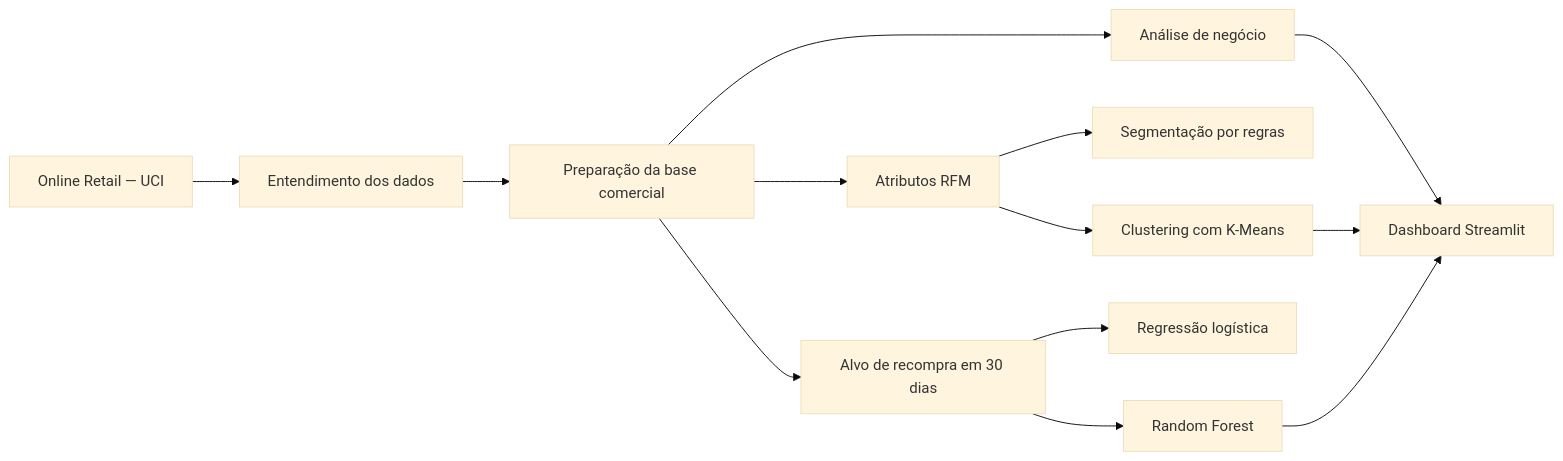
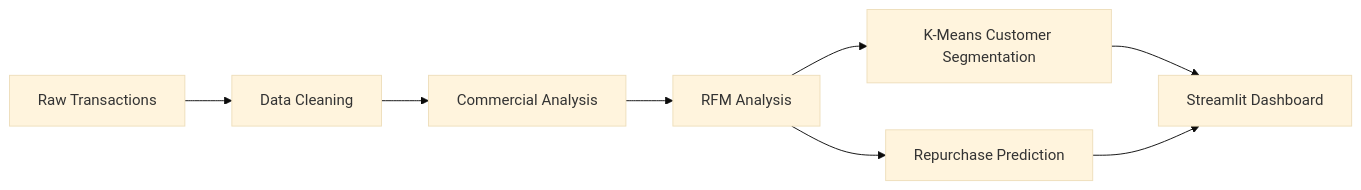
One commit to AnandaFigueiredo/retail-intelligence-ml changed the diagram in README.md. Above: the diagram before and after it, drawn with Mermaid (base theme). The commit also changed other lines of this file and 2 other files, not shown here.

````diff
--- a/README.md
+++ b/README.md
@@ -31,15 +80,10 @@
 ```mermaid
 flowchart LR
-    A[Online Retail — UCI] --> B[Entendimento dos dados]
-    B --> C[Preparação da base comercial]
-    C --> D[Análise de negócio]
-    C --> E[Atributos RFM]
-    E --> F[Segmentação por regras]
-    E --> G[Clustering com K-Means]
-    C --> H[Alvo de recompra em 30 dias]
-    H --> I[Regressão logística]
-    H --> J[Random Forest]
-    D --> K[Dashboard Streamlit]
-    G --> K
-    J --> K
+    A[Raw Transactions] --> B[Data Cleaning]
+    B --> C[Commercial Analysis]
+    C --> D[RFM Analysis]
+    D --> E[K-Means Customer Segmentation]
+    D --> F[Repurchase Prediction]
+    E --> G[Streamlit Dashboard]
+    F --> G
 ```
````
